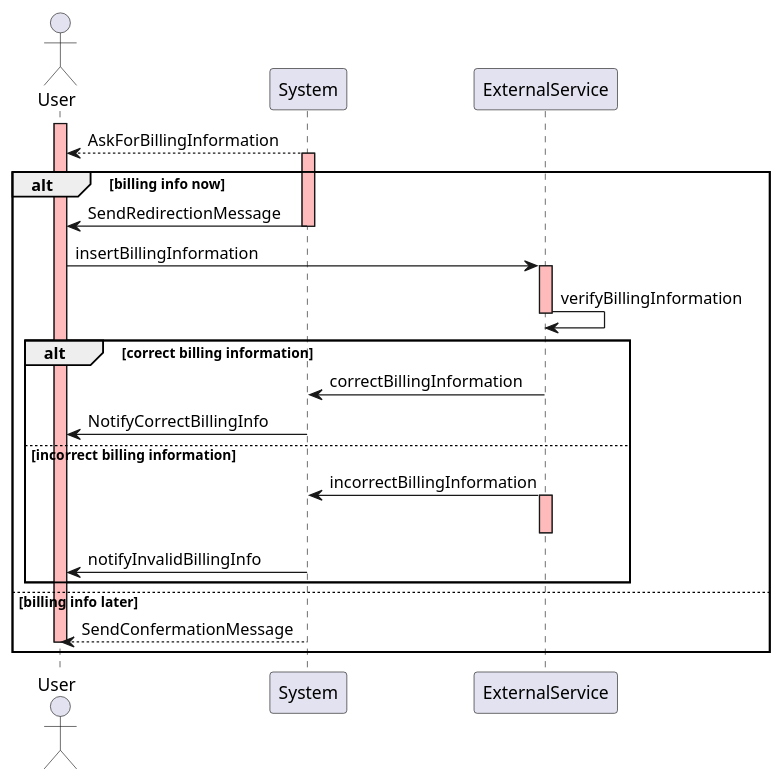
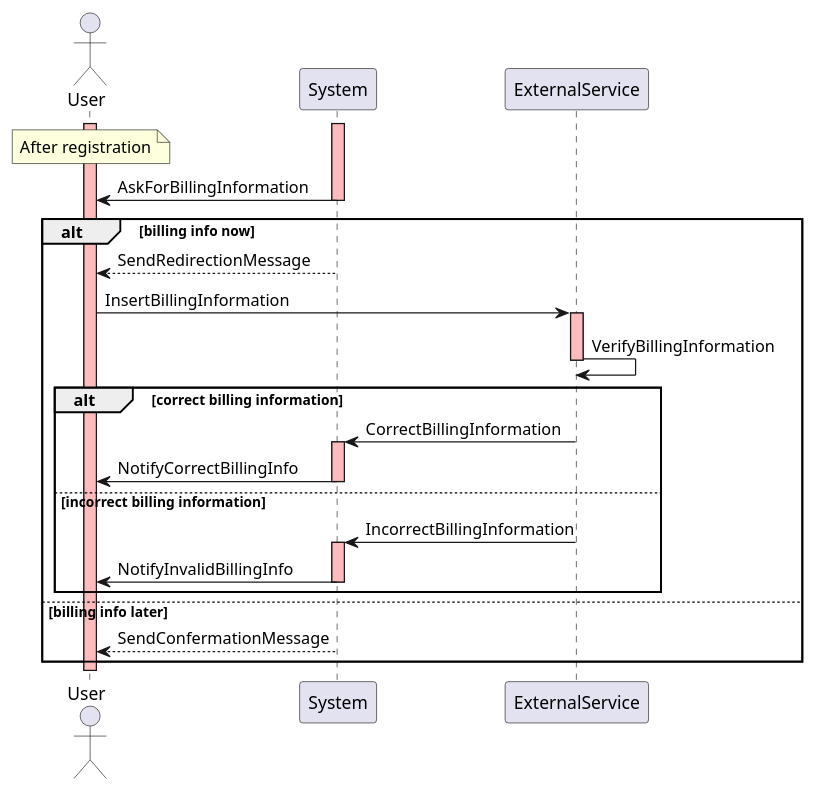
The diagram in rasd/sequence_diagram/sequence_diagram_billing_information.plantuml (fcremo/AlfonsoCarsenzuolaCremonese-ingsw2), drawn with PlantUML before and after one commit. The commit also changed 6 other files, not shown here.

Commit message:
update use case diagram, sequence diagram

```diff
--- a/rasd/sequence_diagram/sequence_diagram_billing_information.plantuml
+++ b/rasd/sequence_diagram/sequence_diagram_billing_information.plantuml
@@ -1,30 +1,39 @@
 @startuml
 
 actor User
 participant System
 participant ExternalService
+
+note over User: After registration
+
 activate User #FFBBBB
-System --> User: AskForBillingInformation
 activate System #FFBBBB
+System -> User: AskForBillingInformation
+deactivate System
+
 alt billing info now
-    System -> User: SendRedirectionMessage
-    deactivate System #FFBBBB
-    User -> ExternalService: insertBillingInformation
-    activate ExternalService #FFBBBB
-    ExternalService -> ExternalService: verifyBillingInformation
-    deactivate ExternalService #FFBBBB
-    alt correct billing information
-        ExternalService -> System: correctBillingInformation
-        System -> User: NotifyCorrectBillingInfo
-        else incorrect billing information
-        ExternalService -> System: incorrectBillingInformation
-        activate ExternalService #FFBBBB
-        deactivate ExternalService #FFBBBB
-        System -> User: notifyInvalidBillingInfo
-    end
+  System --> User: SendRedirectionMessage
+  User -> ExternalService: InsertBillingInformation
+  activate ExternalService #FFBBBB
+  ExternalService -> ExternalService: VerifyBillingInformation
+  deactivate ExternalService
+
+  alt correct billing information
+    ExternalService -> System: CorrectBillingInformation
+    activate System #FFBBBB
+    System -> User: NotifyCorrectBillingInfo
+    deactivate System
+  else incorrect billing information
+    ExternalService -> System: IncorrectBillingInformation
+    activate System #FFBBBB
+    System -> User: NotifyInvalidBillingInfo
+    deactivate System
+  end
+
 else billing info later
-System --> User: SendConfermationMessage
-deactivate User #FFBBBB
+  System --> User: SendConfermationMessage
 end
 
+deactivate User
+
 @enduml
```
